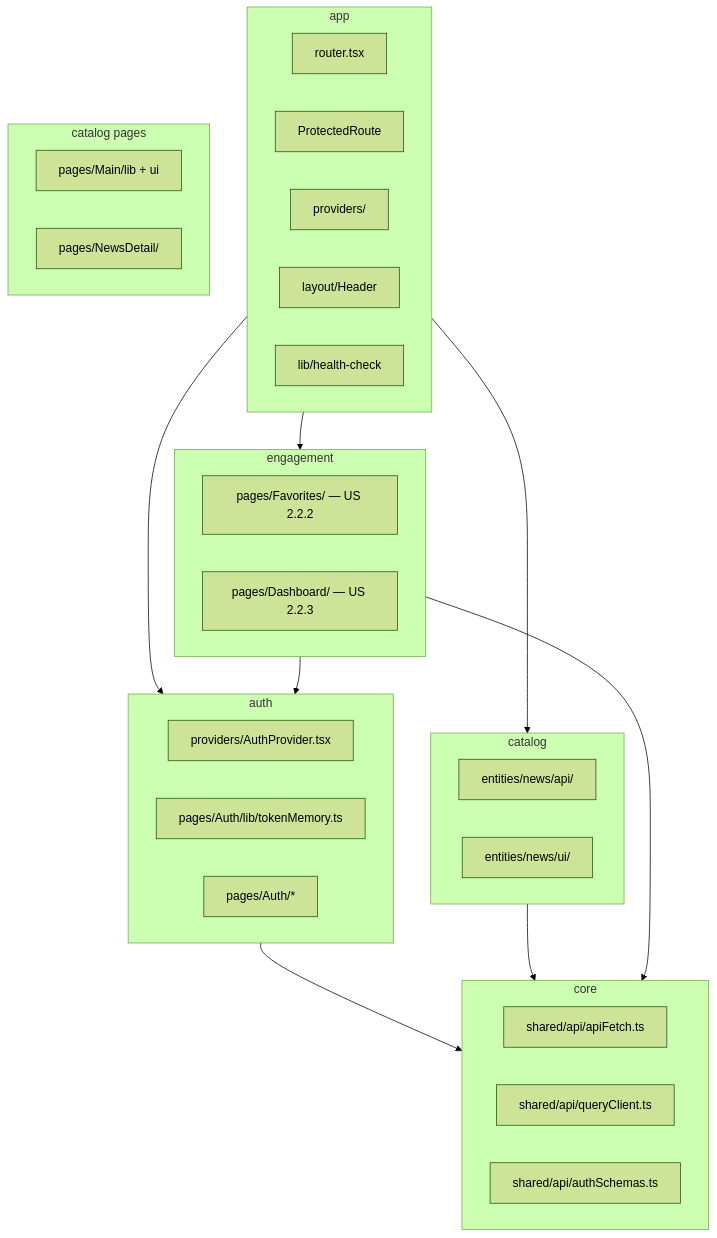
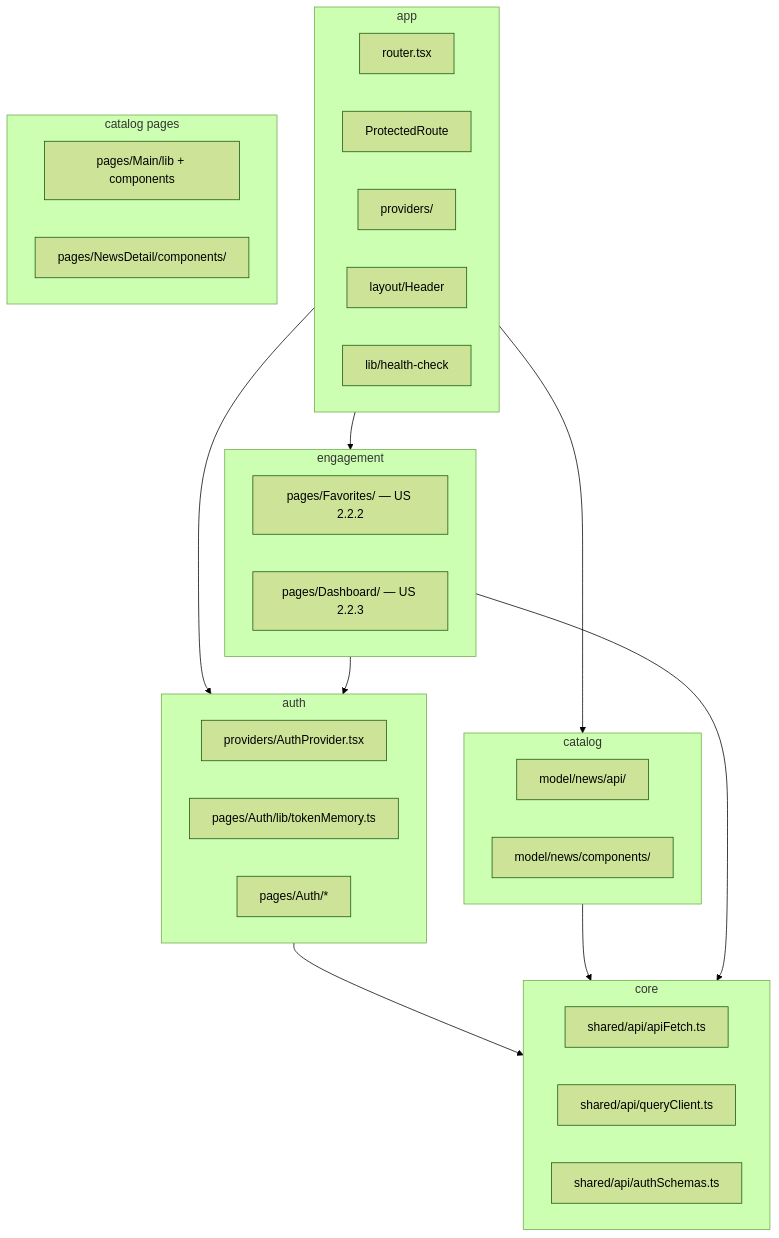
The diagram in docs/architecture/MODULE_MAP.md (vv0rkz/react-happy-news), drawn with Mermaid (forest theme) before and after one commit. The commit also changed other lines of this file and 42 other files, not shown here.

Commit message:
docs: sync architecture with components/ + arch:lint

````diff
--- a/docs/architecture/MODULE_MAP.md
+++ b/docs/architecture/MODULE_MAP.md
@@ -14,45 +16,45 @@
 ```mermaid
 flowchart TB
   subgraph appShell [app]
     router["router.tsx"]
     ProtectedRoute["ProtectedRoute"]
     providers["providers/"]
     layoutHeader["layout/Header"]
     healthCheck["lib/health-check"]
   end
 
   subgraph core [core]
     apiFetch["shared/api/apiFetch.ts"]
     queryClient["shared/api/queryClient.ts"]
     authSchemas["shared/api/authSchemas.ts"]
   end
 
   subgraph auth [auth]
     AuthProvider["providers/AuthProvider.tsx"]
     tokenMemory["pages/Auth/lib/tokenMemory.ts"]
     authPages["pages/Auth/*"]
   end
 
   subgraph catalog [catalog]
-    newsApi["entities/news/api/"]
-    newsUi["entities/news/ui/"]
+    newsApi["model/news/api/"]
+    newsComponents["model/news/components/"]
   end
 
   subgraph engagement [engagement]
     favorites["pages/Favorites/ — US 2.2.2"]
     dashboard["pages/Dashboard/ — US 2.2.3"]
   end
 
   subgraph catalogPages [catalog pages]
-    mainFilters["pages/Main/lib + ui"]
-    newsDetail["pages/NewsDetail/"]
+    mainFilters["pages/Main/lib + components"]
+    newsDetail["pages/NewsDetail/components/"]
   end
 
   appShell --> auth
   appShell --> catalog
   appShell --> engagement
   auth --> core
   catalog --> core
   engagement --> core
   engagement --> auth
 ```
````
